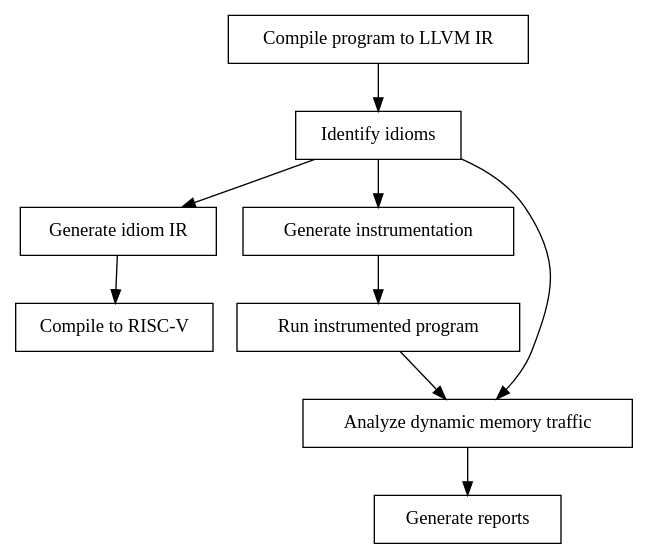
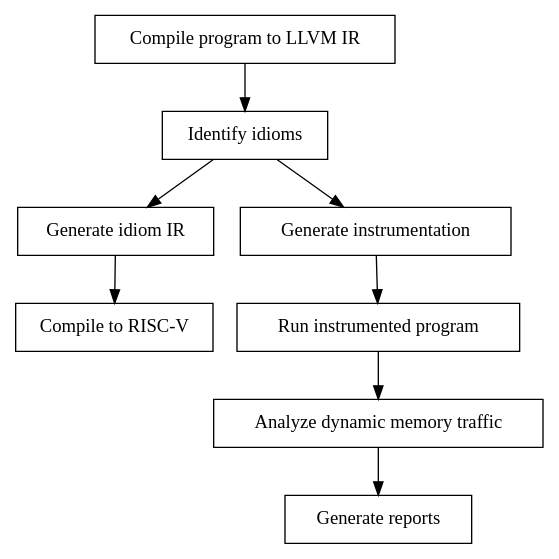
The diagram in docs/plugin-architecture.gv (SUPERCILEX/auto-isa), drawn with Graphviz before and after one commit.

Commit message:
Tweak confusing architecture diagram

```diff
--- a/docs/plugin-architecture.gv
+++ b/docs/plugin-architecture.gv
@@ -1,12 +1,11 @@
 strict digraph {
     node [shape=box]
 
     "Compile program to LLVM IR" -> "Identify idioms"
     "Identify idioms" -> "Generate idiom IR"
     "Generate idiom IR" -> "Compile to RISC-V"
     "Identify idioms" -> "Generate instrumentation"
     "Generate instrumentation" -> "Run instrumented program"
     "Run instrumented program" -> "Analyze dynamic memory traffic"
-    "Identify idioms" -> "Analyze dynamic memory traffic"
     "Analyze dynamic memory traffic" -> "Generate reports"
 }
```
